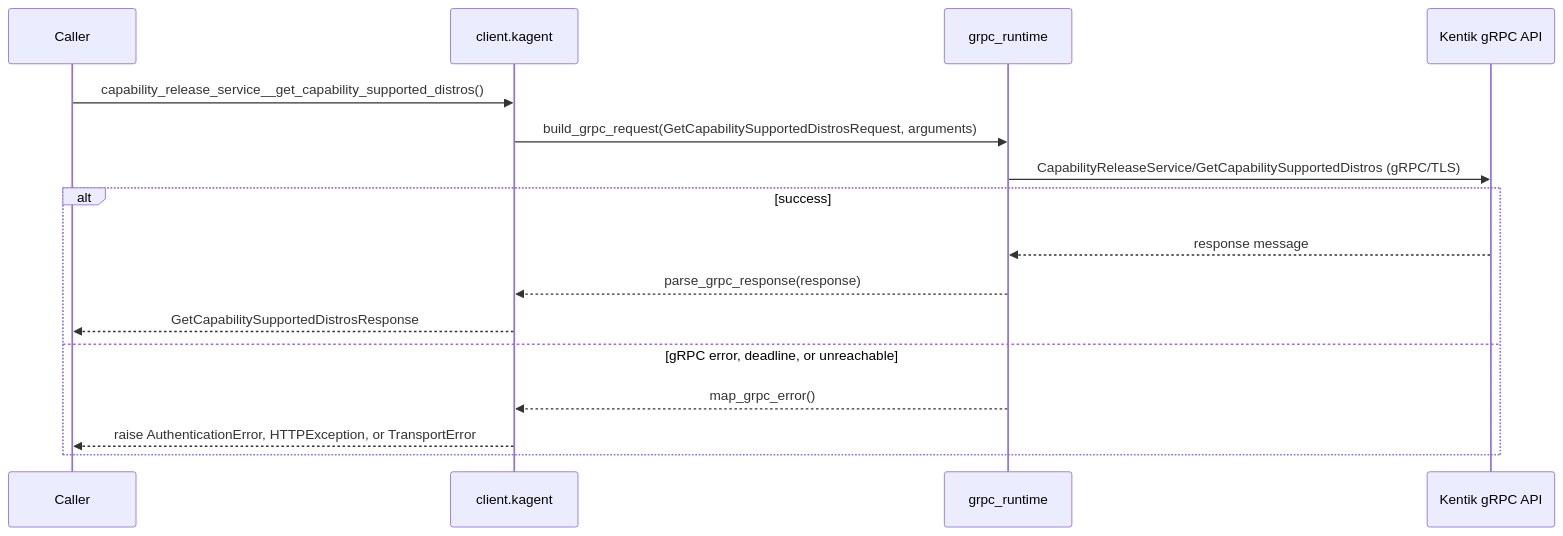
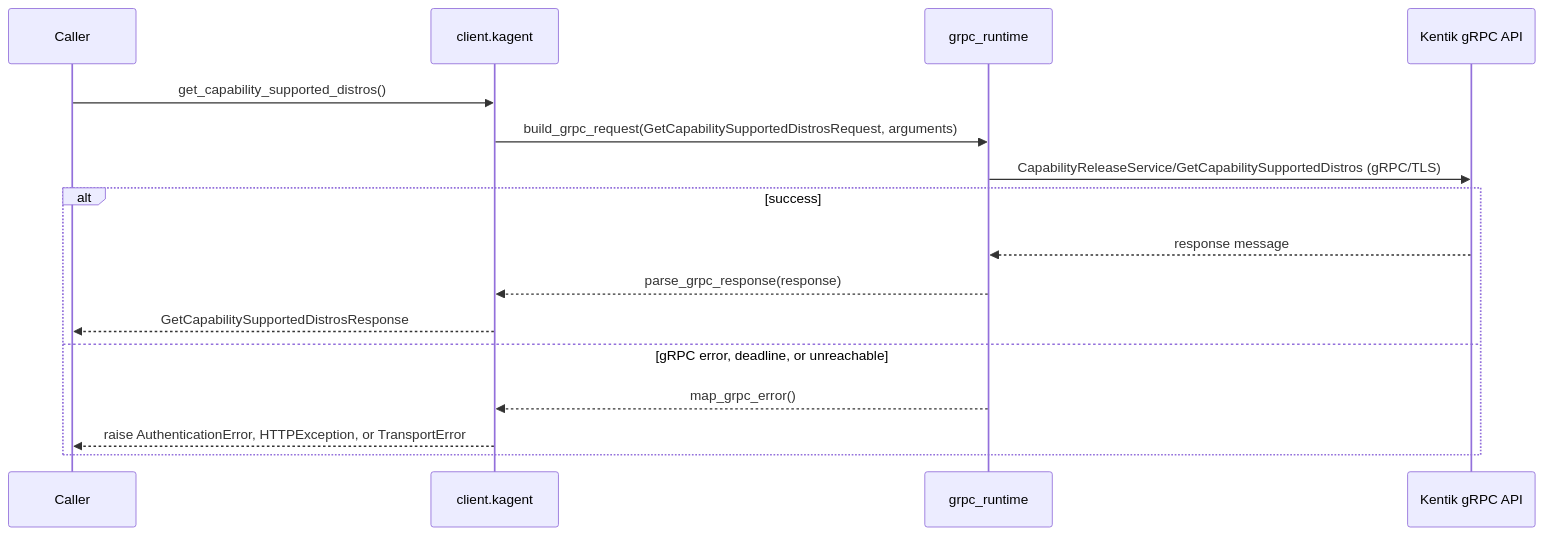
One commit to alexdearaujo/community_sdk_python changed diagram 39 of 58 in docs/sphinx/services/kagent.md. Above: the diagram before and after it, drawn with Mermaid. The commit also changed other lines of this file and 10 other files, not shown here.

````diff
--- a/docs/sphinx/services/kagent.md
+++ b/docs/sphinx/services/kagent.md
@@ -1432,19 +1432,19 @@
 ```mermaid
 sequenceDiagram
     participant C as Caller
     participant W as client.kagent
     participant R as grpc_runtime
     participant API as Kentik gRPC API
 
-    C->>W: capability_release_service__get_capability_supported_distros()
+    C->>W: get_capability_supported_distros()
     W->>R: build_grpc_request(GetCapabilitySupportedDistrosRequest, arguments)
     R->>API: CapabilityReleaseService/GetCapabilitySupportedDistros (gRPC/TLS)
     alt success
         API-->>R: response message
         R-->>W: parse_grpc_response(response)
         W-->>C: GetCapabilitySupportedDistrosResponse
     else gRPC error, deadline, or unreachable
         R-->>W: map_grpc_error()
         W-->>C: raise AuthenticationError, HTTPException, or TransportError
     end
 ```
````
